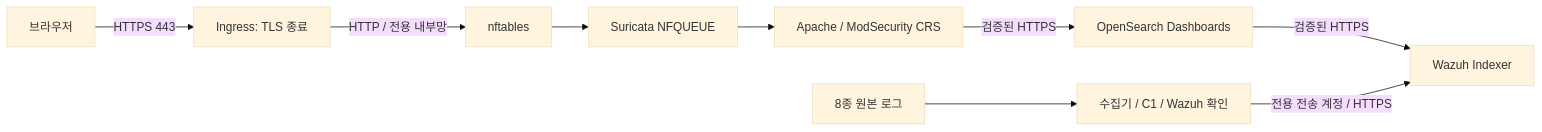
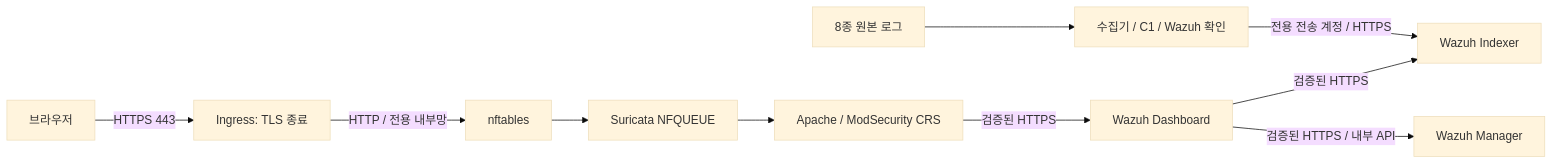
Before and after one commit to mrgrit/xocrange: the diagram in docs/development/SIEM-WEB.md, drawn with Mermaid (base theme). The commit also changed other lines of this file and 45 other files, not shown here.

````diff
--- a/docs/development/SIEM-WEB.md
+++ b/docs/development/SIEM-WEB.md
@@ -27,11 +27,12 @@
 ```mermaid
 flowchart LR
     browser[브라우저] -->|HTTPS 443| ingress[Ingress: TLS 종료]
     ingress -->|HTTP / 전용 내부망| fw[nftables]
     fw --> ips[Suricata NFQUEUE]
     ips --> waf[Apache / ModSecurity CRS]
-    waf -->|검증된 HTTPS| dashboard[OpenSearch Dashboards]
+    waf -->|검증된 HTTPS| dashboard[Wazuh Dashboard]
     dashboard -->|검증된 HTTPS| indexer[Wazuh Indexer]
+    dashboard -->|검증된 HTTPS / 내부 API| manager[Wazuh Manager]
     logs[8종 원본 로그] --> collector[수집기 / C1 / Wazuh 확인]
     collector -->|전용 전송 계정 / HTTPS| indexer
 ```
````
